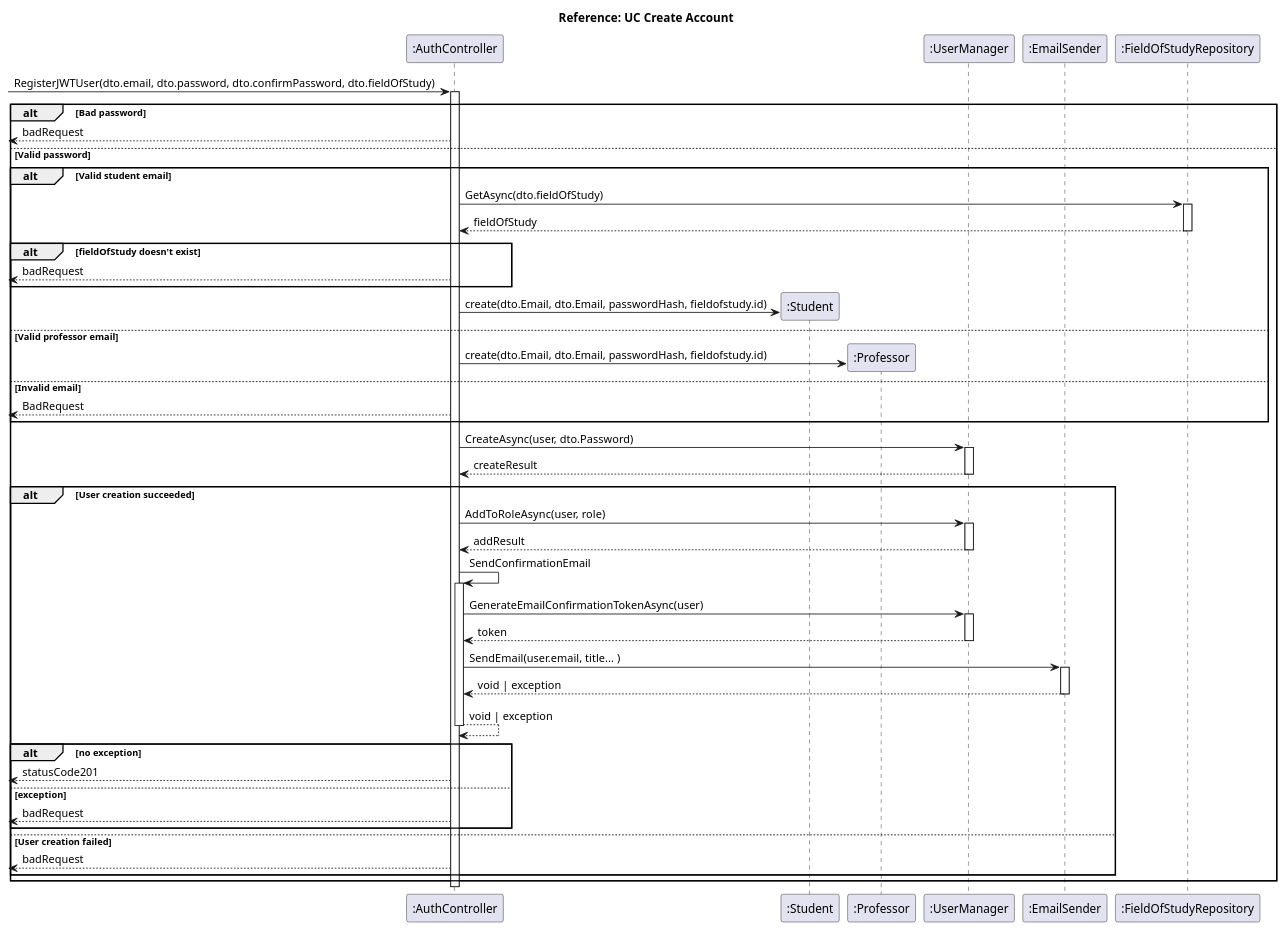
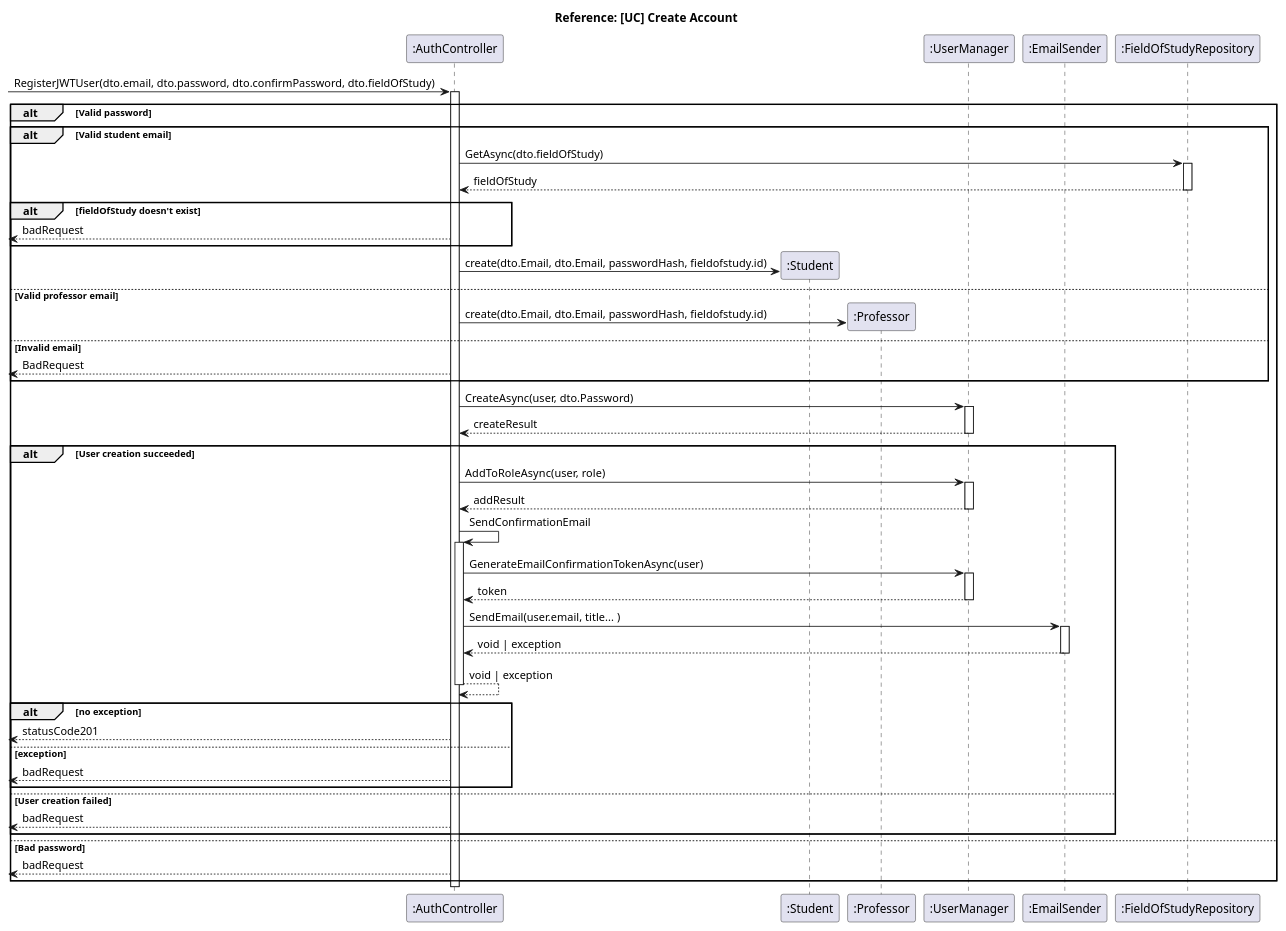
One commit to Singh-Kiran-P/StuNet changed the diagram in Diagrams/Sequence_Diagrams/create_account.puml. Above: the diagram before and after it, drawn with PlantUML. The commit also changed 10 other files, not shown here.

Commit message:
docs: Manually format files in /Sequence_Diagrams

```diff
--- a/Diagrams/Sequence_Diagrams/create_account.puml
+++ b/Diagrams/Sequence_Diagrams/create_account.puml
@@ -1,70 +1,76 @@
 @startuml Register
+
+title Reference: [UC] Create Account
+
 participant ":AuthController" as authController
 participant ":Student" as student
 participant ":Professor" as professor
 participant ":UserManager" as userManager
 participant ":EmailSender" as emailSender
 participant ":FieldOfStudyRepository" as fieldOfStudyRepository
 
-title Reference: UC Create Account
-
 -> authController : RegisterJWTUser(dto.email, dto.password, dto.confirmPassword, dto.fieldOfStudy)
 activate authController
-alt Bad password
-    <-- authController: badRequest
-else Valid password
+
+alt Valid password
     alt Valid student email
         authController -> fieldOfStudyRepository: GetAsync(dto.fieldOfStudy)
         activate fieldOfStudyRepository
         fieldOfStudyRepository --> authController: fieldOfStudy
         deactivate fieldOfStudyRepository
 
         alt fieldOfStudy doesn't exist
             <-- authController: badRequest
         end
 
         authController -> student**: create(dto.Email, dto.Email, passwordHash, fieldofstudy.id)
         ' student --> authController: user
     else Valid professor email
         authController -> professor**: create(dto.Email, dto.Email, passwordHash, fieldofstudy.id)
     else Invalid email
         <-- authController: BadRequest
     end
 
     authController -> userManager: CreateAsync(user, dto.Password)
     activate userManager
     userManager --> authController: createResult
     deactivate userManager
 
     alt User creation succeeded
         authController -> userManager: AddToRoleAsync(user, role)
         activate userManager
         userManager --> authController: addResult
         deactivate userManager
 
         ' -> authController
         authController -> authController: SendConfirmationEmail
         activate authController
+        
         authController -> userManager: GenerateEmailConfirmationTokenAsync(user)
         activate userManager
         userManager --> authController: token
         deactivate userManager
+        
         authController -> emailSender: SendEmail(user.email, title... )
         activate emailSender
         emailSender --> authController: void | exception
         deactivate emailSender
+        
         authController --> authController: void | exception
         deactivate authController
 
         alt no exception
             <-- authController: statusCode201
         else exception
             <-- authController: badRequest
         end
     else User creation failed
         <-- authController: badRequest
     end
+else Bad password
+    <-- authController: badRequest
 end
+
 deactivate authController
 
 @enduml
```
